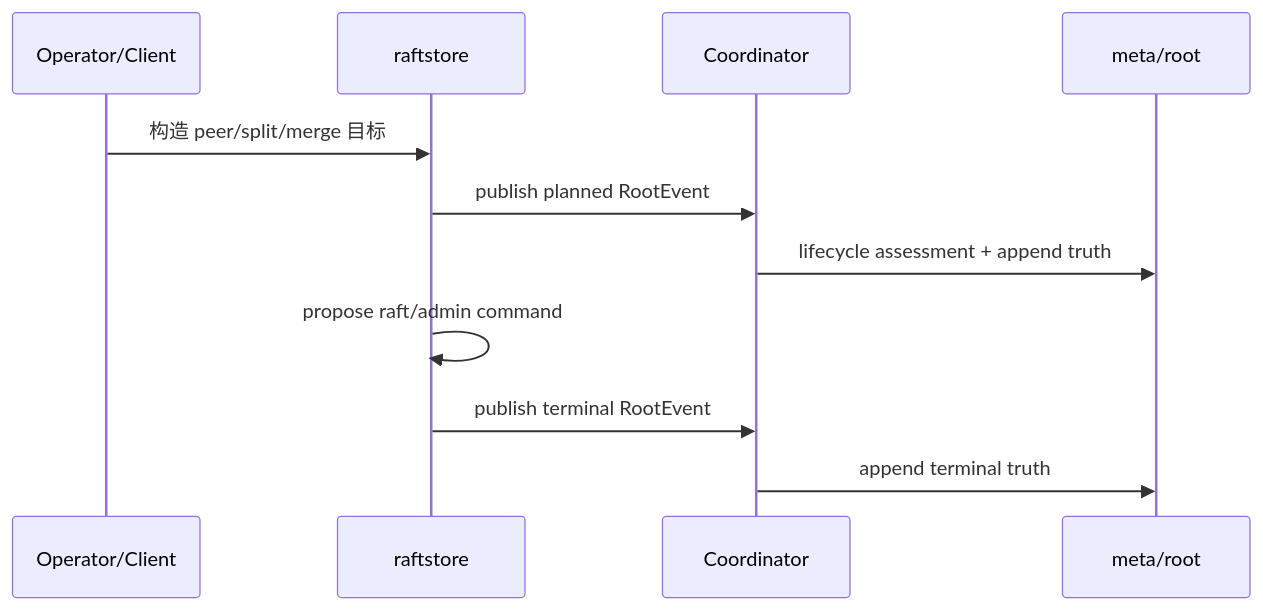
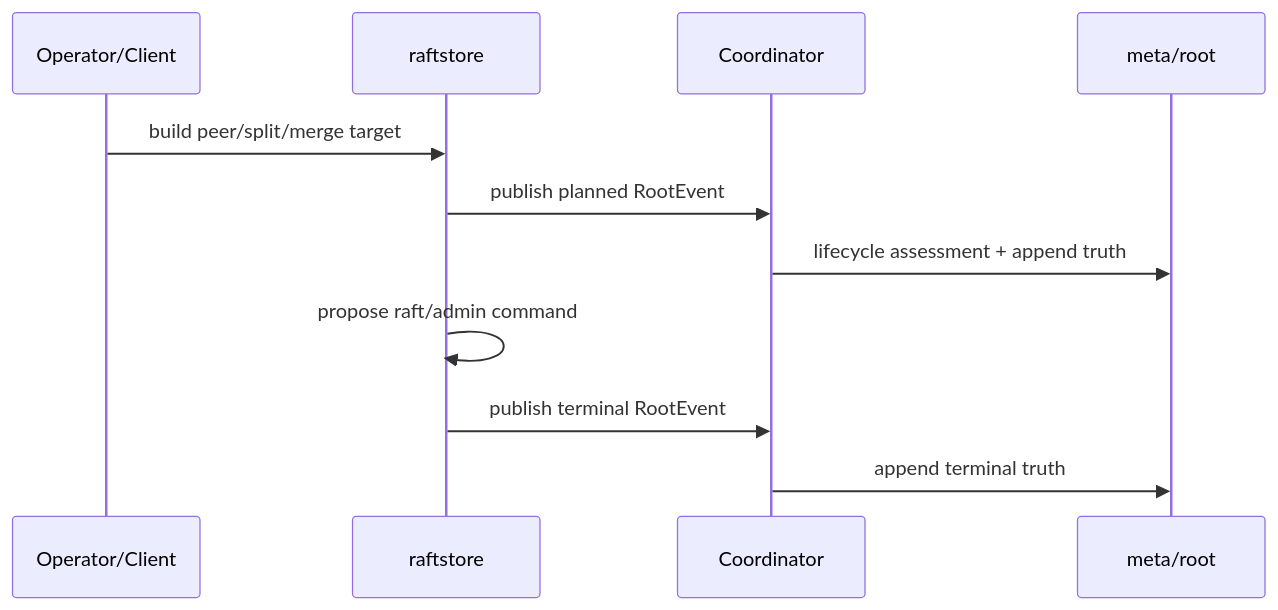
The fourth of 5 diagrams in docs/notes/2026-04-03-delos-lite-metadata-root-roadmap.md (feichai0017/NoKV), drawn with Mermaid before and after one commit. The commit also changed other lines of this file and 23 other files, not shown here.

````diff
--- a/docs/notes/2026-04-03-delos-lite-metadata-root-roadmap.md
+++ b/docs/notes/2026-04-03-delos-lite-metadata-root-roadmap.md
@@ -482,14 +482,14 @@
 ```mermaid
 sequenceDiagram
     participant OP as Operator/Client
     participant RS as raftstore
     participant Coordinator as Coordinator
     participant MR as meta/root
 
-    OP->>RS: 构造 peer/split/merge 目标
+    OP->>RS: build peer/split/merge target
     RS->>Coordinator: publish planned RootEvent
     Coordinator->>MR: lifecycle assessment + append truth
     RS->>RS: propose raft/admin command
     RS->>Coordinator: publish terminal RootEvent
     Coordinator->>MR: append terminal truth
 ```
````
